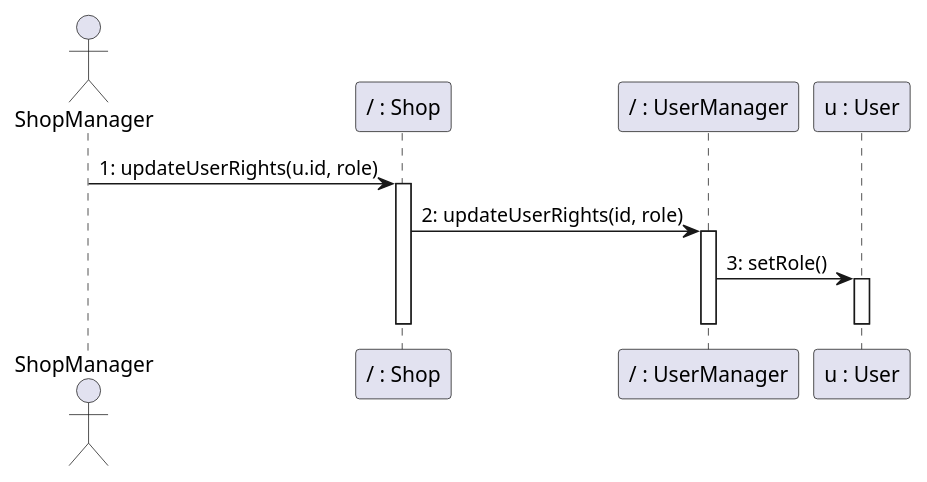
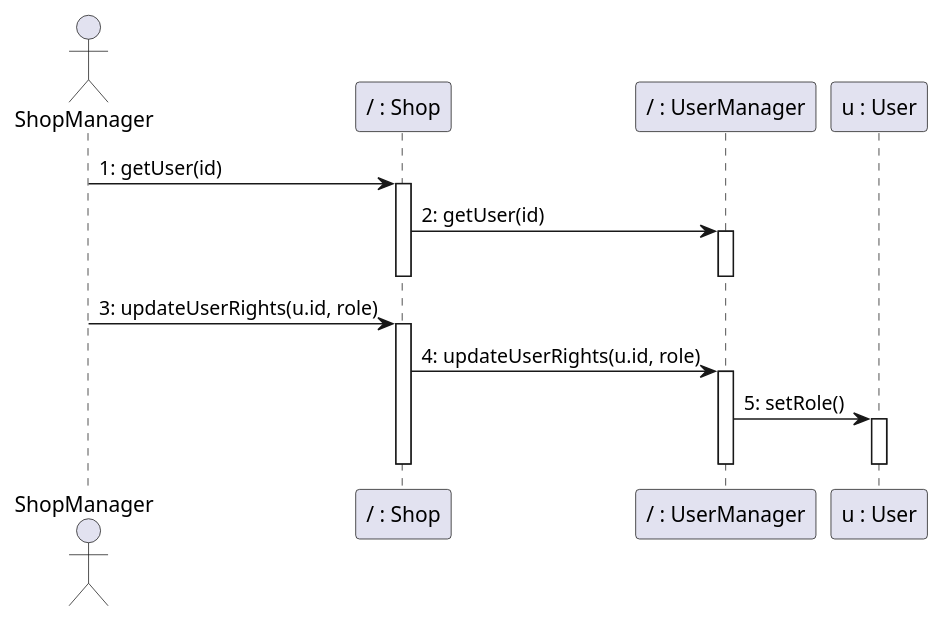
Before and after one commit to nicolabattaglino/ezshop: the tenth of 18 diagrams in Deliverables/DesignDocument.md, drawn with PlantUML. The commit also changed other lines of this file, not shown here.

Commit message:
sequence diagram

````diff
--- a/Deliverables/DesignDocument.md
+++ b/Deliverables/DesignDocument.md
@@ -721,18 +721,26 @@
 ```plantuml
 @startuml
 actor ShopManager
 participant "/ : Shop" as Shop
 participant "/ : UserManager" as UserManager
 participant "u : User" as User
-ShopManager -> Shop: 1: updateUserRights(u.id, role)
+
+ShopManager -> Shop: 1: getUser(id)
 activate Shop
-Shop -> UserManager: 2: updateUserRights(id, role)
+Shop -> UserManager: 2: getUser(id)
 activate UserManager
-UserManager -> User: 3: setRole()
+deactivate UserManager
+deactivate Shop
+
+ShopManager -> Shop: 3: updateUserRights(u.id, role)
+activate Shop
+Shop -> UserManager: 4: updateUserRights(u.id, role)
+activate UserManager
+UserManager -> User: 5: setRole()
 activate User
 deactivate User
 deactivate UserManager
 deactivate Shop
 
 @enduml
 ```
````
